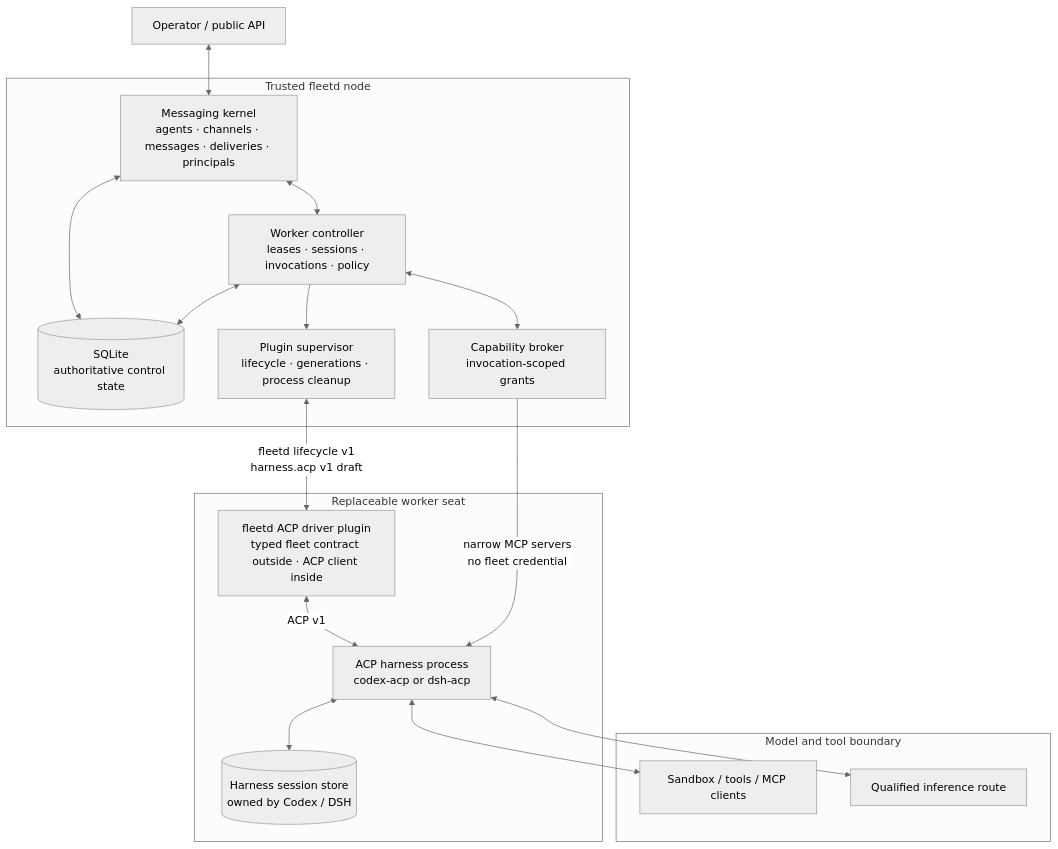
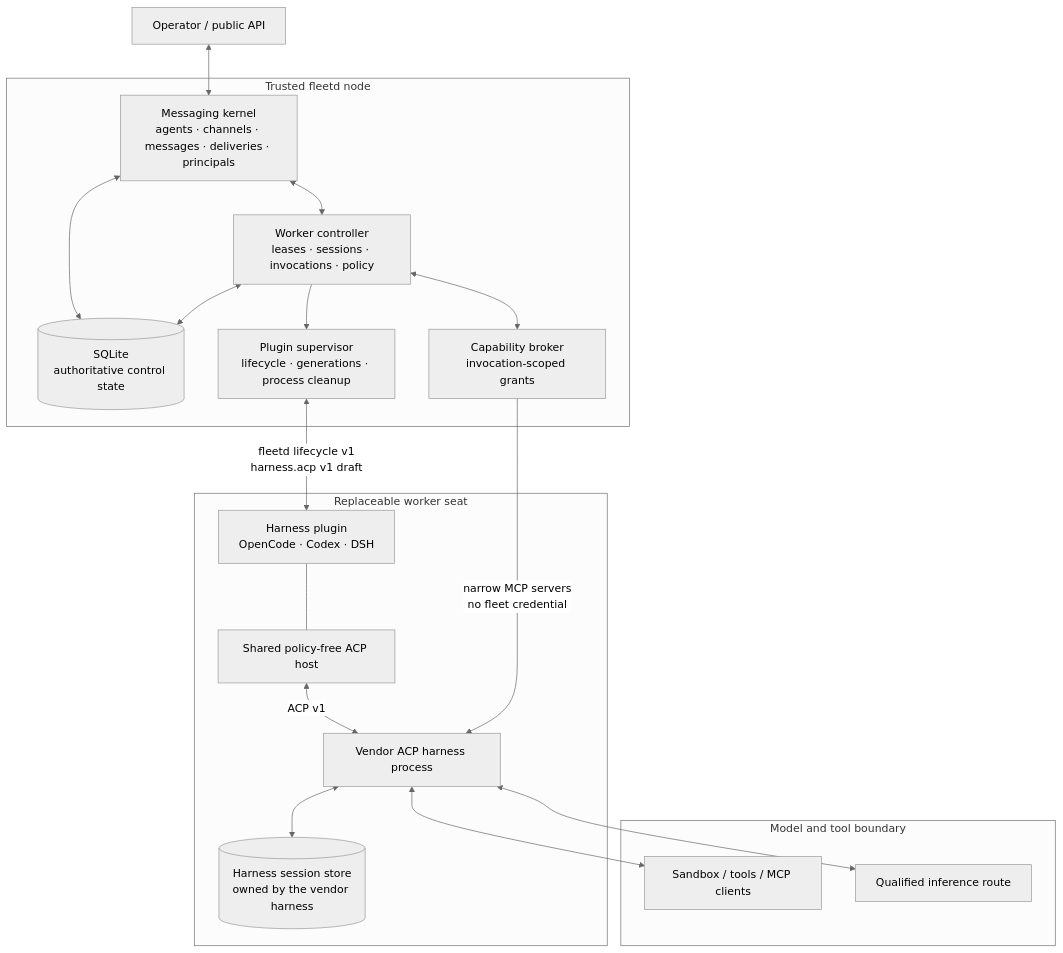
One commit to ngalluzzo/fleetd changed the first of 6 diagrams in docs/HARNESS_EXECUTION.md. Above: the diagram before and after it, drawn with Mermaid (neutral theme). The commit also changed other lines of this file and 26 other files, not shown here.

````diff
--- a/docs/HARNESS_EXECUTION.md
+++ b/docs/HARNESS_EXECUTION.md
@@ -25,38 +25,40 @@
 ```mermaid
 flowchart TB
     operator[Operator / public API]
 
     subgraph node[Trusted fleetd node]
         kernel[Messaging kernel<br/>agents · channels · messages · deliveries · principals]
         db[(SQLite<br/>authoritative control state)]
         controller[Worker controller<br/>leases · sessions · invocations · policy]
         supervisor[Plugin supervisor<br/>lifecycle · generations · process cleanup]
         broker[Capability broker<br/>invocation-scoped grants]
 
         kernel <--> db
         controller <--> db
         kernel <--> controller
         controller --> supervisor
         controller <--> broker
     end
 
     subgraph worker[Replaceable worker seat]
-        driver[fleetd ACP driver plugin<br/>typed fleet contract outside · ACP client inside]
-        acp[ACP harness process<br/>codex-acp or dsh-acp]
-        session[(Harness session store<br/>owned by Codex / DSH)]
+        driver[Harness plugin<br/>OpenCode · Codex · DSH]
+        host[Shared policy-free ACP host]
+        acp[Vendor ACP harness process]
+        session[(Harness session store<br/>owned by the vendor harness)]
 
-        driver <-->|ACP v1| acp
+        driver --- host
+        host <-->|ACP v1| acp
         acp <--> session
     end
 
     subgraph workload[Model and tool boundary]
         tools[Sandbox / tools / MCP clients]
         inference[Qualified inference route]
     end
 
     operator <--> kernel
     supervisor <-->|fleetd lifecycle v1<br/>harness.acp v1 draft| driver
     broker -->|narrow MCP servers<br/>no fleet credential| acp
     acp <--> tools
     acp <--> inference
 ```
````
